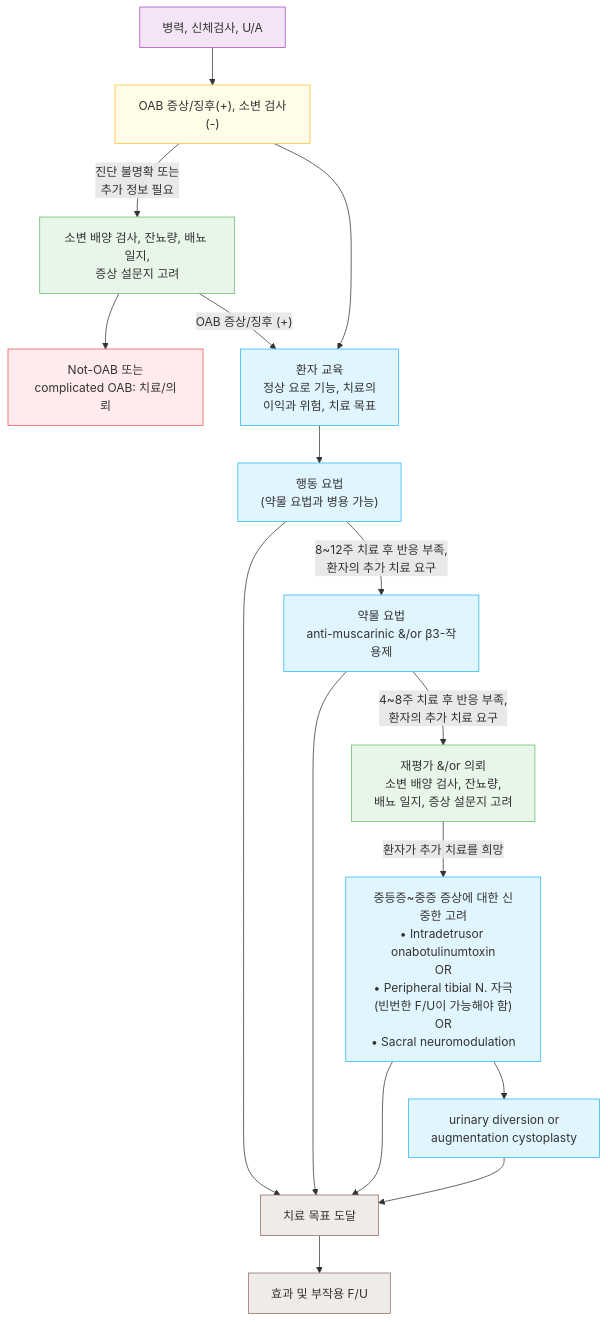
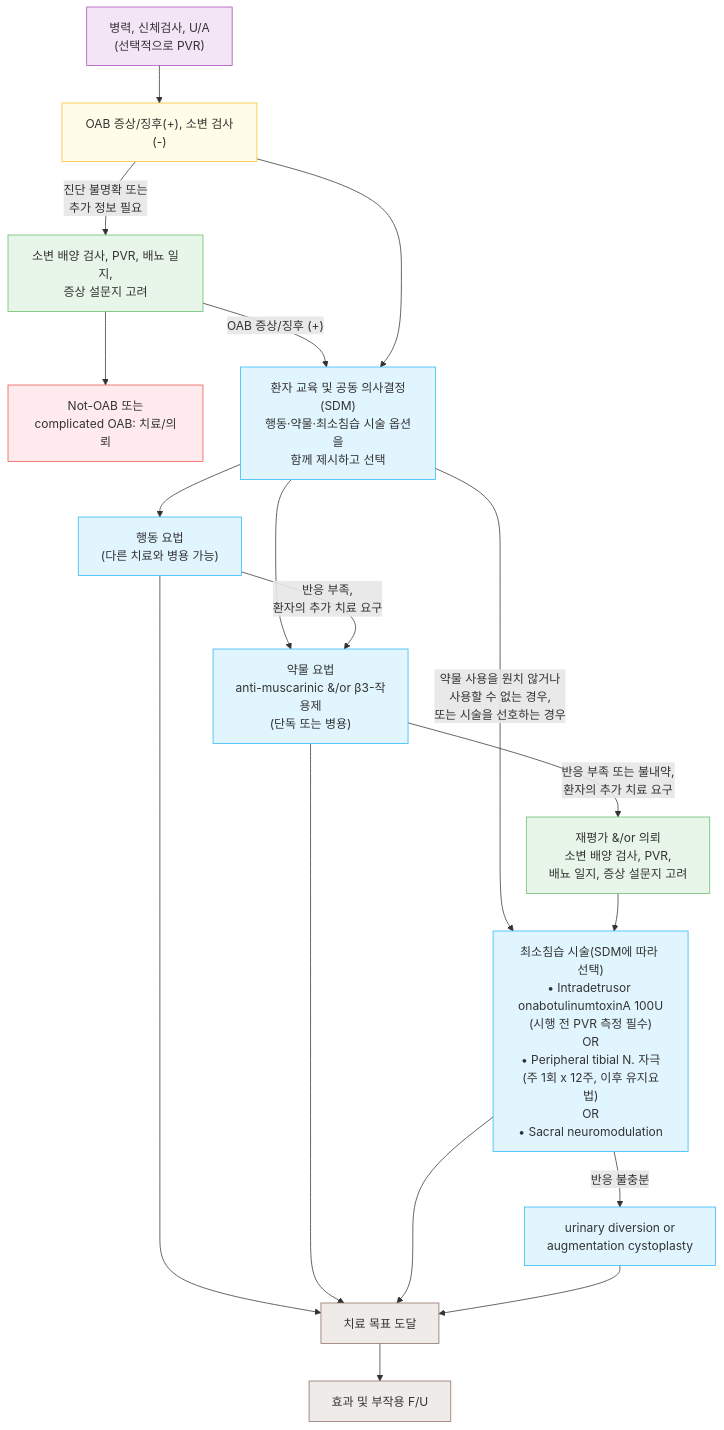
One commit to familyoh77/familyoh77 changed the diagram in 227_/126_-overactive-bladder-oab.md. Above: the diagram before and after it, drawn with Mermaid. The commit also changed other lines of this file, not shown here.

````diff
--- a/227_/126_-overactive-bladder-oab.md
+++ b/227_/126_-overactive-bladder-oab.md
@@ -75,39 +102,42 @@
 ```mermaid
 graph TD
-    A["병력, 신체검사, U/A"] --> B["OAB 증상/징후(+), 소변 검사(-)"]
+    A["병력, 신체검사, U/A<br/>(선택적으로 PVR)"] --> B["OAB 증상/징후(+), 소변 검사(-)"]
 
-    B -->|"진단 불명확 또는<br/>추가 정보 필요"| C["소변 배양 검사, 잔뇨량, 배뇨 일지,<br/>증상 설문지 고려"]
+    B -->|"진단 불명확 또는<br/>추가 정보 필요"| C["소변 배양 검사, PVR, 배뇨 일지,<br/>증상 설문지 고려"]
     C --> D["Not-OAB 또는<br/>complicated OAB: 치료/의뢰"]
     C -->|"OAB 증상/징후 (+)"| E
 
-    B --> E["환자 교육<br/>정상 요로 기능, 치료의<br/>이익과 위험, 치료 목표"]
-    E --> F["행동 요법<br/>(약물 요법과 병용 가능)"]
+    B --> E["환자 교육 및 공동 의사결정(SDM)<br/>행동·약물·최소침습 시술 옵션을<br/>함께 제시하고 선택"]
 
-    F -->|"8~12주 치료 후 반응 부족,<br/>환자의 추가 치료 요구"| G["약물 요법<br/>anti-muscarinic &/or β3-작용제"]
+    E --> F["행동 요법<br/>(다른 치료와 병용 가능)"]
+    E --> G["약물 요법<br/>anti-muscarinic &/or β3-작용제<br/>(단독 또는 병용)"]
+    E -->|"약물 사용을 원치 않거나<br/>사용할 수 없는 경우,<br/>또는 시술을 선호하는 경우"| J
+
+    F -->|"반응 부족,<br/>환자의 추가 치료 요구"| G
     F --> H["치료 목표 도달"]
 
-    G -->|"4~8주 치료 후 반응 부족,<br/>환자의 추가 치료 요구"| I["재평가 &/or 의뢰<br/>소변 배양 검사, 잔뇨량,<br/>배뇨 일지, 증상 설문지 고려"]
+    G -->|"반응 부족 또는 불내약,<br/>환자의 추가 치료 요구"| I["재평가 &/or 의뢰<br/>소변 배양 검사, PVR,<br/>배뇨 일지, 증상 설문지 고려"]
     G --> H
 
-    I -->|"환자가 추가 치료를 희망"| J["중등증~중증 증상에 대한 신중한 고려<br/>• Intradetrusor onabotulinumtoxin<br/>OR<br/>• Peripheral tibial N. 자극<br/>(빈번한 F/U이 가능해야 함)<br/>OR<br/>• Sacral neuromodulation"]
+    I --> J["최소침습 시술(SDM에 따라 선택)<br/>• Intradetrusor onabotulinumtoxinA 100U<br/>(시행 전 PVR 측정 필수)<br/>OR<br/>• Peripheral tibial N. 자극<br/>(주 1회 x 12주, 이후 유지요법)<br/>OR<br/>• Sacral neuromodulation"]
 
     J --> H
-    J --> K["urinary diversion or<br/>augmentation cystoplasty"]
+    J -->|"반응 불충분"| K["urinary diversion or<br/>augmentation cystoplasty"]
     K --> H
 
     H --> L["효과 및 부작용 F/U"]
 
     classDef purple fill:#f3e5f5,stroke:#ab47bc,stroke-width:1px;
     classDef yellow fill:#fffde7,stroke:#fbc02d,stroke-width:1px;
     classDef green fill:#e8f5e9,stroke:#66bb6a,stroke-width:1px;
     classDef red fill:#ffebee,stroke:#ef5350,stroke-width:1px;
     classDef blue fill:#e1f5fe,stroke:#29b6f6,stroke-width:1px;
     classDef gray fill:#efebe9,stroke:#8d6e63,stroke-width:1px;
 
     class A purple;
     class B yellow;
     class C,I green;
     class D red;
     class E,F,G,J,K blue;
     class H,L gray;
 ```
````
